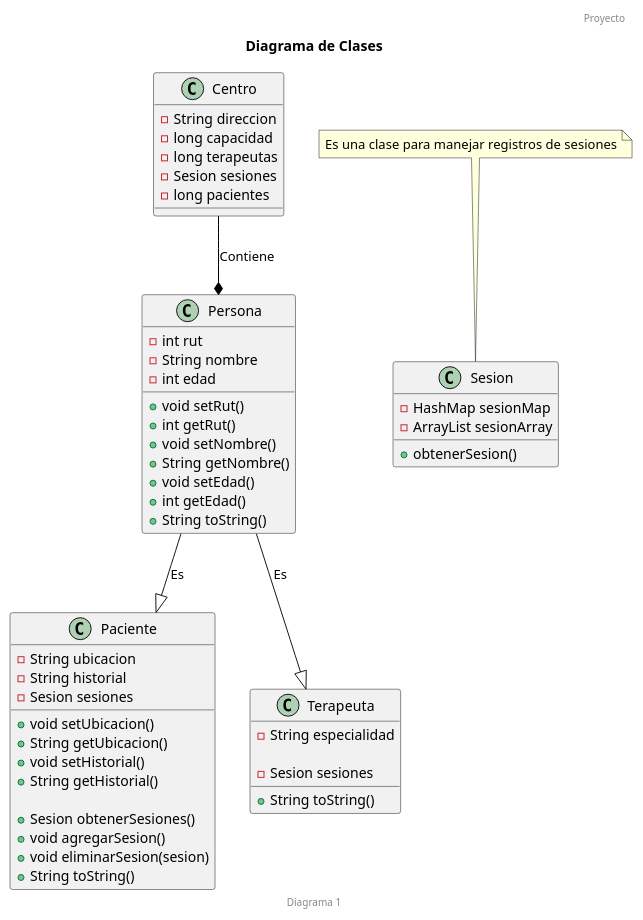
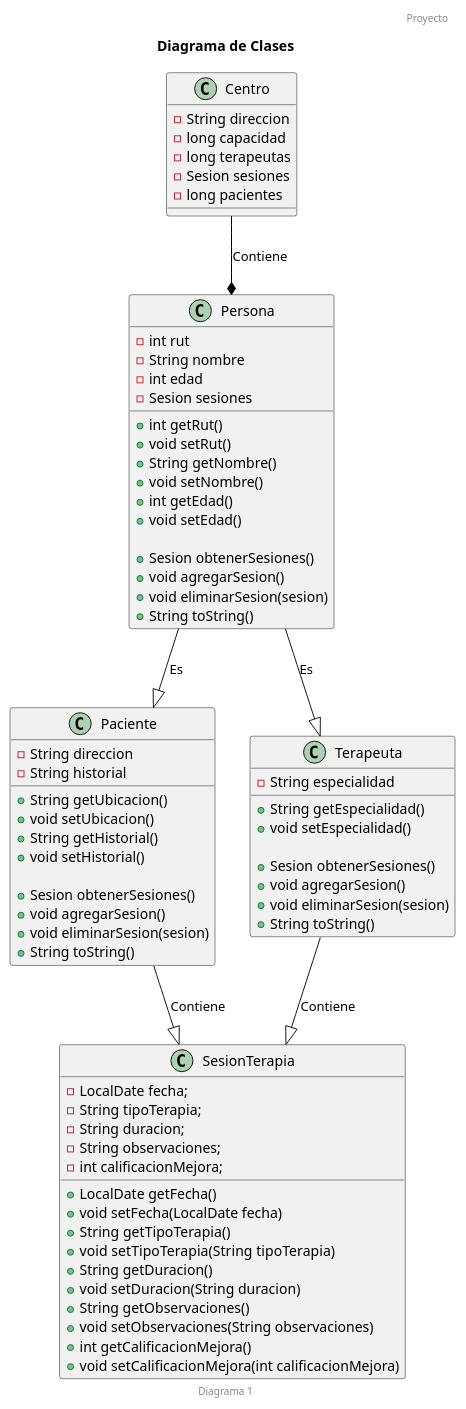
One commit to Ian-Misael/Proyecto-SIA changed the diagram in src/main/java/Diagramas/Diagrama de Clases.puml. Above: the diagram before and after it, drawn with PlantUML. The commit also changed 2 other files, not shown here.

Commit message:
UML y errores

```diff
--- a/src/main/java/Diagramas/Diagrama de Clases.puml
+++ b/src/main/java/Diagramas/Diagrama de Clases.puml
@@ -1,69 +1,87 @@
 @startuml Programa
 
 title Diagrama de Clases
 header Proyecto
 footer Diagrama 1
 
 class Centro {
     - String direccion
     - long capacidad
     - long terapeutas
     - Sesion sesiones
     - long pacientes
     
 }
 
 class Persona {
     - int rut
     - String nombre
     - int edad
+    - Sesion sesiones
 
+    + int getRut()
     + void setRut()
-    + int getRut()
+    + String getNombre()
     + void setNombre()
-    + String getNombre()
+    + int getEdad()
     + void setEdad()
-    + int getEdad()
+
+    + Sesion obtenerSesiones()
+    + void agregarSesion()
+    + void eliminarSesion(sesion)
     + String toString()
 }
 
 class Paciente {
-    - String ubicacion
+    - String direccion
     - String historial
-    - Sesion sesiones
     
+    + String getUbicacion()
     + void setUbicacion()
-    + String getUbicacion()
+    + String getHistorial()
     + void setHistorial()
-    + String getHistorial()
 
     + Sesion obtenerSesiones()
     + void agregarSesion()
     + void eliminarSesion(sesion)
     + String toString()
 }
 
 class Terapeuta {
     - String especialidad
     
-    - Sesion sesiones
-    
-    
+    + String getEspecialidad()
+    + void setEspecialidad()
+
+    + Sesion obtenerSesiones()
+    + void agregarSesion()
+    + void eliminarSesion(sesion)
     + String toString()
 }
 
-class Sesion {
-    - HashMap sesionMap
-    - ArrayList sesionArray
+class SesionTerapia {
+    - LocalDate fecha;
+    - String tipoTerapia;
+    - String duracion;
+    - String observaciones;
+    - int calificacionMejora;
 
-    + obtenerSesion()
+    + LocalDate getFecha()
+    + void setFecha(LocalDate fecha)
+    + String getTipoTerapia() 
+    + void setTipoTerapia(String tipoTerapia)
+    + String getDuracion()
+    + void setDuracion(String duracion)
+    + String getObservaciones() 
+    + void setObservaciones(String observaciones)
+    + int getCalificacionMejora()
+    + void setCalificacionMejora(int calificacionMejora)
 }
-
-note top of Sesion : Es una clase para manejar registros de sesiones
-
 
 Centro -[#black]-* Persona : Contiene
 Persona --|> Paciente : Es
 Persona --|> Terapeuta : Es
+Terapeuta --|> SesionTerapia : Contiene
+Paciente --|> SesionTerapia : Contiene
 
 @enduml
```
